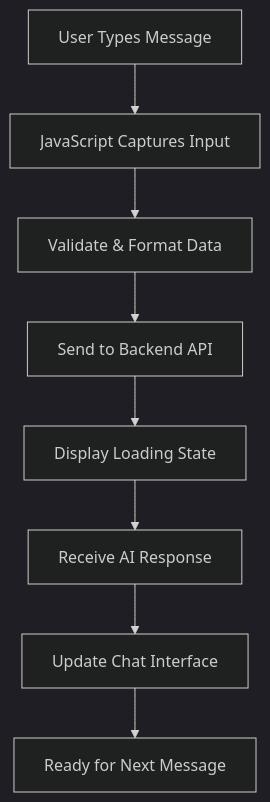
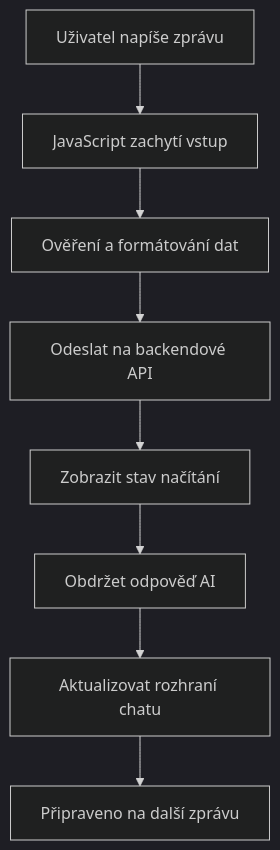
Before and after one commit to microsoft/Web-Dev-For-Beginners: the tenth of 14 diagrams in translations/cs/9-chat-project/README.md, drawn with Mermaid (dark theme). The commit also changed other lines of this file and 99 other files, not shown here.

````diff
--- a/translations/cs/9-chat-project/README.md
+++ b/translations/cs/9-chat-project/README.md
@@ -1110,10 +1303,10 @@
 ```mermaid
 graph TD
-    A[User Types Message] --> B[JavaScript Captures Input]
-    B --> C[Validate & Format Data]
-    C --> D[Send to Backend API]
-    D --> E[Display Loading State]
-    E --> F[Receive AI Response]
-    F --> G[Update Chat Interface]
-    G --> H[Ready for Next Message]
-```
+    A[Uživatel napíše zprávu] --> B[JavaScript zachytí vstup]
+    B --> C[Ověření a formátování dat]
+    C --> D[Odeslat na backendové API]
+    D --> E[Zobrazit stav načítání]
+    E --> F[Obdržet odpověď AI]
+    F --> G[Aktualizovat rozhraní chatu]
+    G --> H[Připraveno na další zprávu]
+```  
````
